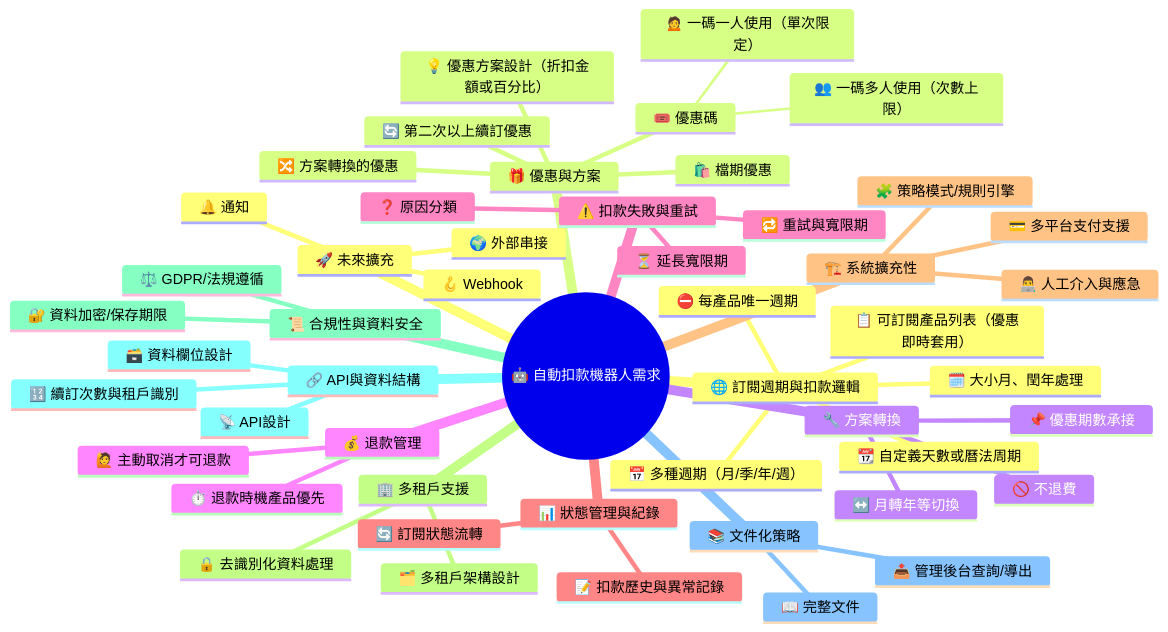
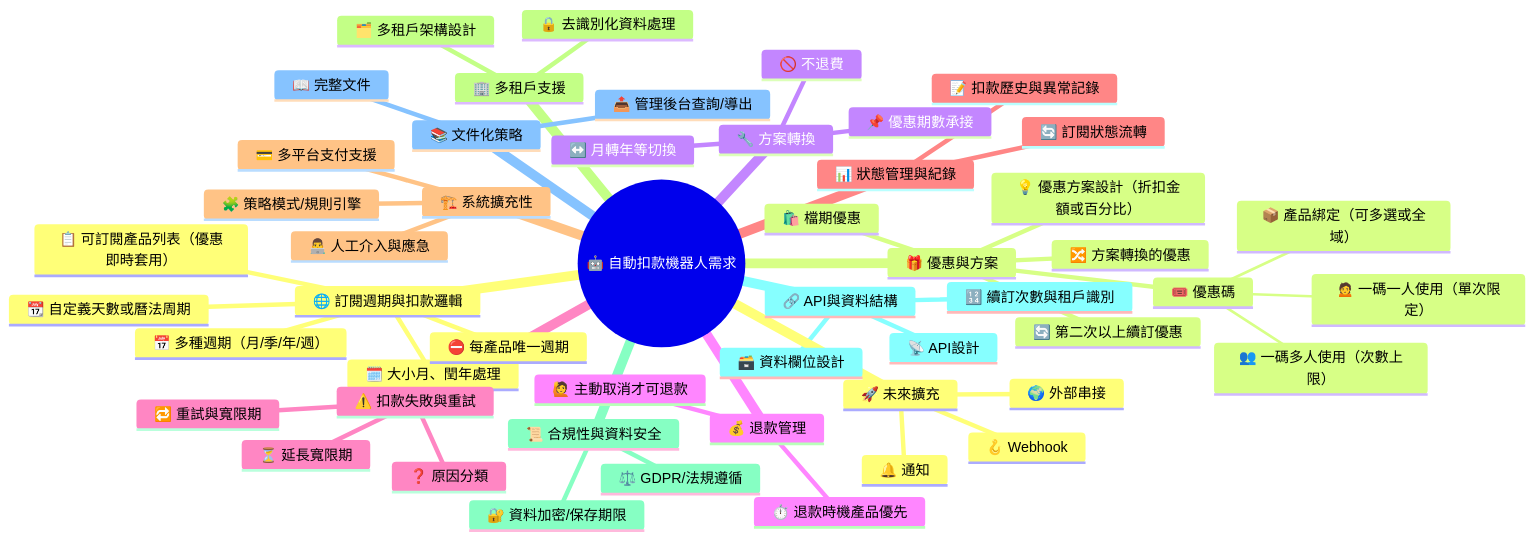
The diagram in docs/docs_0_7/requirements_0.7.markdown (xxxhand/auto-billing-bot), drawn with Mermaid before and after one commit. The commit also changed other lines of this file and 19 other files, not shown here.

````diff
--- a/docs/docs_0_7/requirements_0.7.markdown
+++ b/docs/docs_0_7/requirements_0.7.markdown
@@ -5,53 +5,54 @@
 ```mermaid
 mindmap
   root((🤖 自動扣款機器人需求))
     🌐 訂閱週期與扣款邏輯
       📅 多種週期（月/季/年/週）
       🗓️ 大小月、閏年處理
       ⛔ 每產品唯一週期
       📆 自定義天數或曆法周期
       📋 可訂閱產品列表（優惠即時套用）
     🎁 優惠與方案
       💡 優惠方案設計（折扣金額或百分比）
       🎟️ 優惠碼
         👥 一碼多人使用（次數上限）
         🙍 一碼一人使用（單次限定）
+        📦 產品綁定（可多選或全域）
       🛍️ 檔期優惠
       🔄 第二次以上續訂優惠
       🔀 方案轉換的優惠
     🔧 方案轉換
       ↔️ 月轉年等切換
       🚫 不退費
       📌 優惠期數承接
     💰 退款管理
       🙋 主動取消才可退款
       ⏱️ 退款時機產品優先
     ⚠️ 扣款失敗與重試
       ❓ 原因分類
       🔁 重試與寬限期
       ⏳ 延長寬限期
     📊 狀態管理與紀錄
       🔄 訂閱狀態流轉
       📝 扣款歷史與異常記錄
     🏗️ 系統擴充性
       🧩 策略模式/規則引擎
       💳 多平台支付支援
       👨‍💻 人工介入與應急
     🏢 多租戶支援
       🗂️ 多租戶架構設計
       🔒 去識別化資料處理
     📜 合規性與資料安全
       ⚖️ GDPR/法規遵循
       🔐 資料加密/保存期限
     🔗 API與資料結構
       📡 API設計
       🗃️ 資料欄位設計
       🔢 續訂次數與租戶識別
     📚 文件化策略
       📖 完整文件
       📤 管理後台查詢/導出
     🚀 未來擴充
       🔔 通知
       🪝 Webhook
       🌍 外部串接
 ```
````
